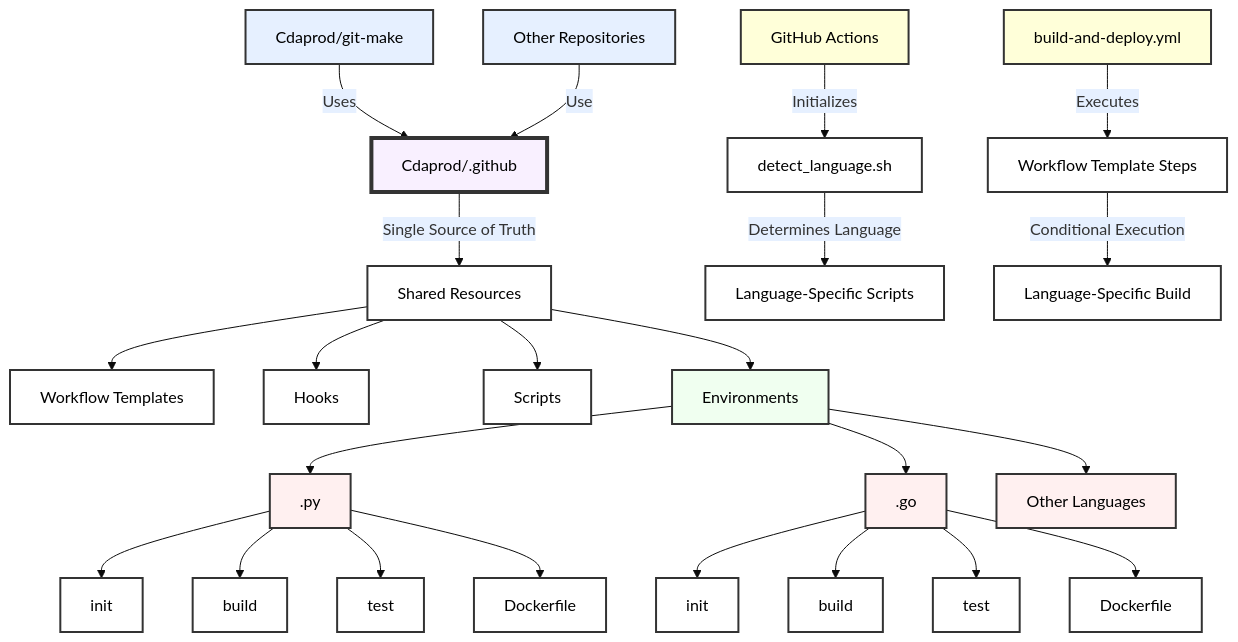
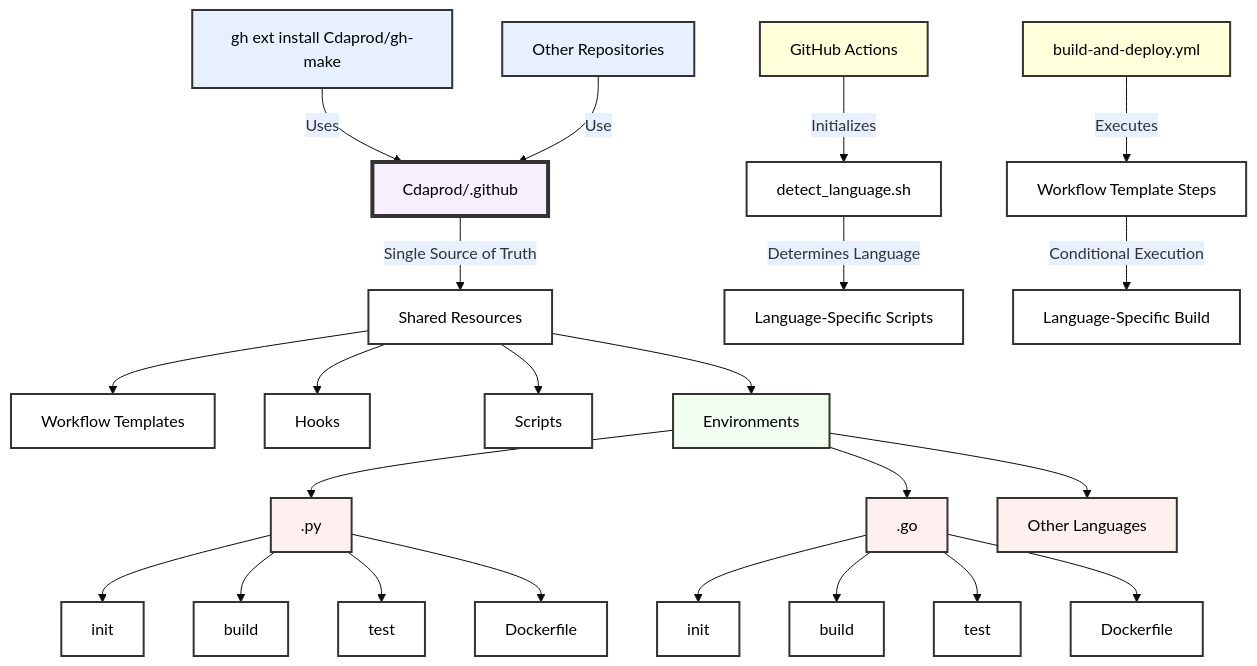
Before and after one commit to Cdaprod/gh-make: the diagram in README.md, drawn with Mermaid. The commit also changed 1 other file, not shown here.

Commit message:
Update graph in README.md with new Dockerfile reference.

````diff
--- a/README.md
+++ b/README.md
@@ -3,46 +3,46 @@
 ```mermaid
 %%{init: {'theme': 'base', 'themeVariables': { 'primaryColor': '#f9f0ff', 'secondaryColor': '#e6f0ff', 'tertiaryColor': '#f0fff0', 'quaternaryColor': '#fff0f0', 'quinaryColor': '#ffffd9'}}}%%
 graph TD
     A[Cdaprod/.github] -->|Single Source of Truth| B[Shared Resources]
     B --> C[Workflow Templates]
     B --> D[Hooks]
     B --> E[Scripts]
     B --> F[Environments]
     
     F --> G[.py]
     F --> H[.go]
     F --> I[Other Languages]
     
     G --> J[init]
     G --> K[build]
     G --> L[test]
     G --> M[Dockerfile]
     
     H --> N[init]
     H --> O[build]
     H --> P[test]
     H --> Q[Dockerfile]
     
-    R[Cdaprod/git-make] -->|Uses| A
+    R[gh ext install Cdaprod/gh-make] -->|Uses| A
     S[Other Repositories] -->|Use| A
     
     T[GitHub Actions] -->|Initializes| U[detect_language.sh]
     U -->|Determines Language| V[Language-Specific Scripts]
     
     W[build-and-deploy.yml] -->|Executes| X[Workflow Template Steps]
     X -->|Conditional Execution| Y[Language-Specific Build]
     
     style A fill:#f9f0ff,stroke:#333,stroke-width:4px
     style R fill:#e6f0ff,stroke:#333,stroke-width:2px
     style S fill:#e6f0ff,stroke:#333,stroke-width:2px
     style F fill:#f0fff0,stroke:#333,stroke-width:2px
     style G fill:#fff0f0,stroke:#333,stroke-width:2px
     style H fill:#fff0f0,stroke:#333,stroke-width:2px
     style I fill:#fff0f0,stroke:#333,stroke-width:2px
     style T fill:#ffffd9,stroke:#333,stroke-width:2px
     style W fill:#ffffd9,stroke:#333,stroke-width:2px
     
     classDef default fill:#fff,stroke:#333,stroke-width:2px;
     classDef darkText color:#000;
     class A,B,C,D,E,F,G,H,I,J,K,L,M,N,O,P,Q,R,S,T,U,V,W,X,Y darkText;
 ```
````
